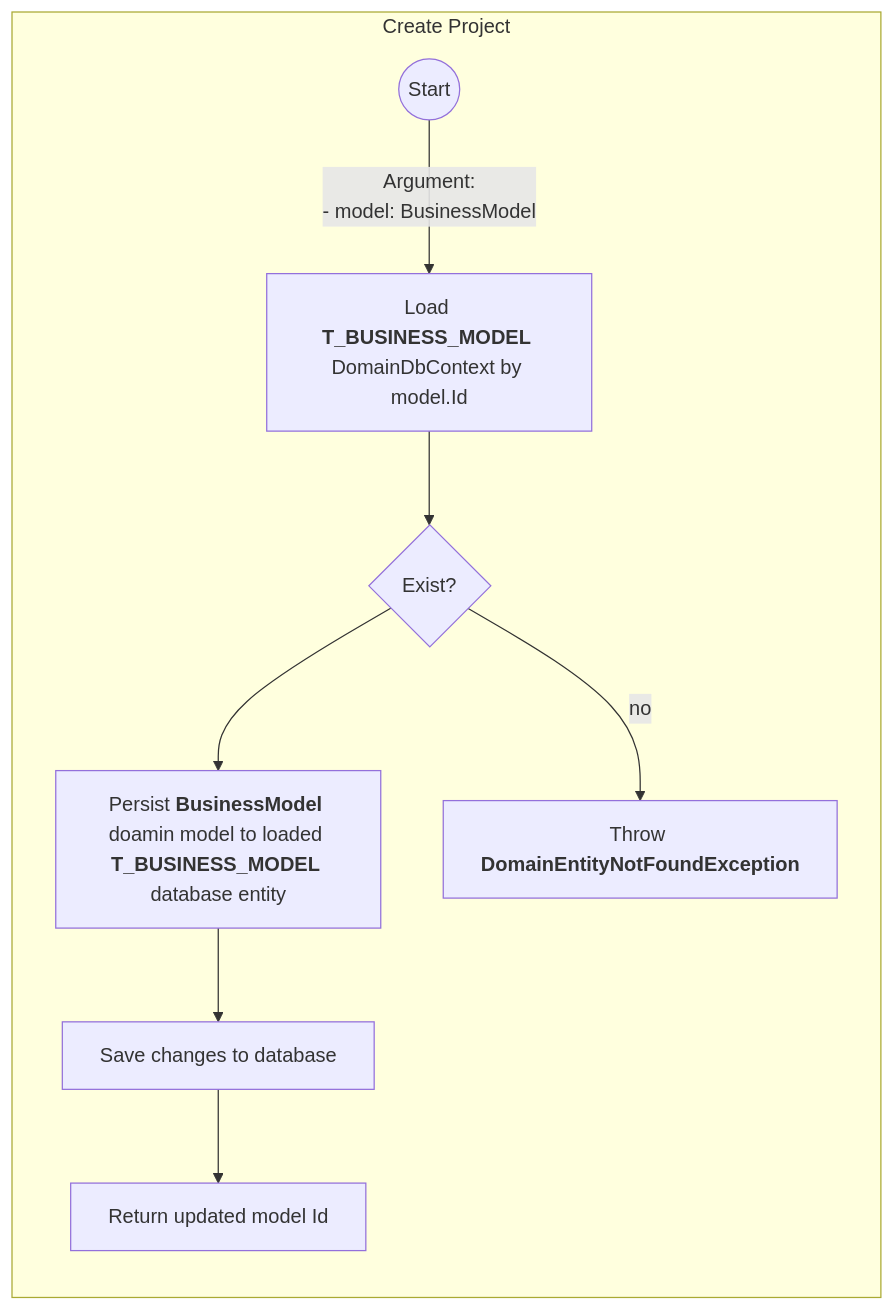
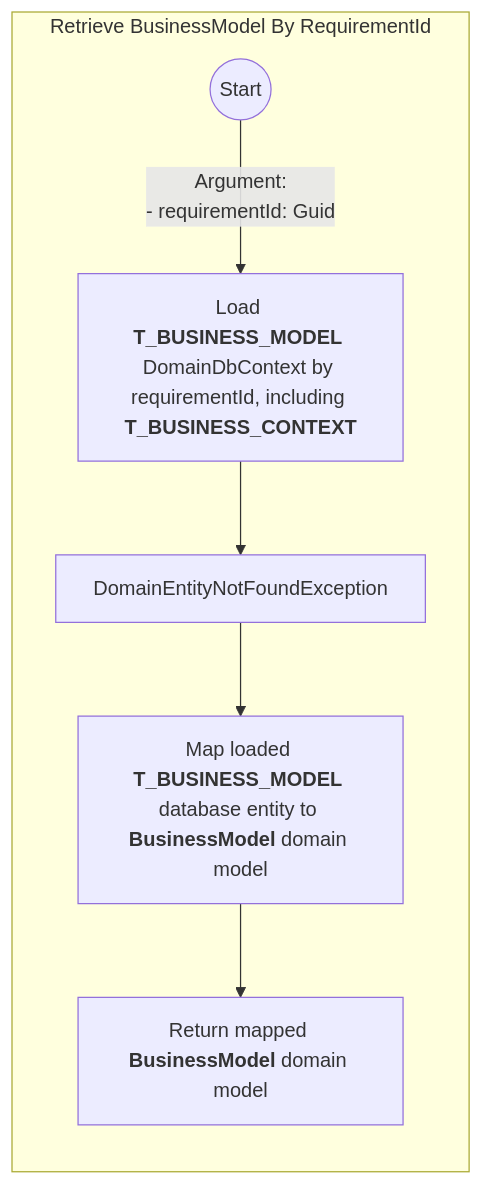
The second of 2 diagrams in AI/Repository/BusinessModelRepository.md (sdlfly2000/DomainBasedDesigner), drawn with Mermaid before and after one commit. The commit also changed other lines of this file and 9 other files, not shown here.

Commit message:
BusinessModelPersistor

````diff
--- a/AI/Repository/BusinessModelRepository.md
+++ b/AI/Repository/BusinessModelRepository.md
@@ -47,16 +47,12 @@
     ```mermaid
         graph TB
-            subgraph main [Create Project]
+            subgraph main [Retrieve BusinessModel By RequirementId]
                 direction TB
                 start(("Start")) -->
                 |Argument: 
-                - model: BusinessModel| LoadBusinessModelFromDb["`Load **T_BUSINESS_MODEL** DomainDbContext by model.Id`"] -->
-                Exist{"`Exist?`"} --> 
-                PersistDoaminModelToDbEntity["`Persist **BusinessModel** doamin model to loaded **T_BUSINESS_MODEL** database entity`"] -->
-                SaveChange["`Save changes to database`"] -->
-                return["`Return updated model Id`"]
-                
-                %% Exceptions
-                Exist -->|no| throwException["`Throw **DomainEntityNotFoundException**`"]
+                - requirementId: Guid| LoadByRequirementIdFromDb["`Load **T_BUSINESS_MODEL** DomainDbContext by requirementId, including **T_BUSINESS_CONTEXT**`"] -->
+                DomainEntityNotFoundException -->
+                MapToBusniessModelDoaminModel["`Map loaded **T_BUSINESS_MODEL** database entity to **BusinessModel** domain model`"] -->
+                return["`Return mapped **BusinessModel** domain model`"]
             end
     ```
````
